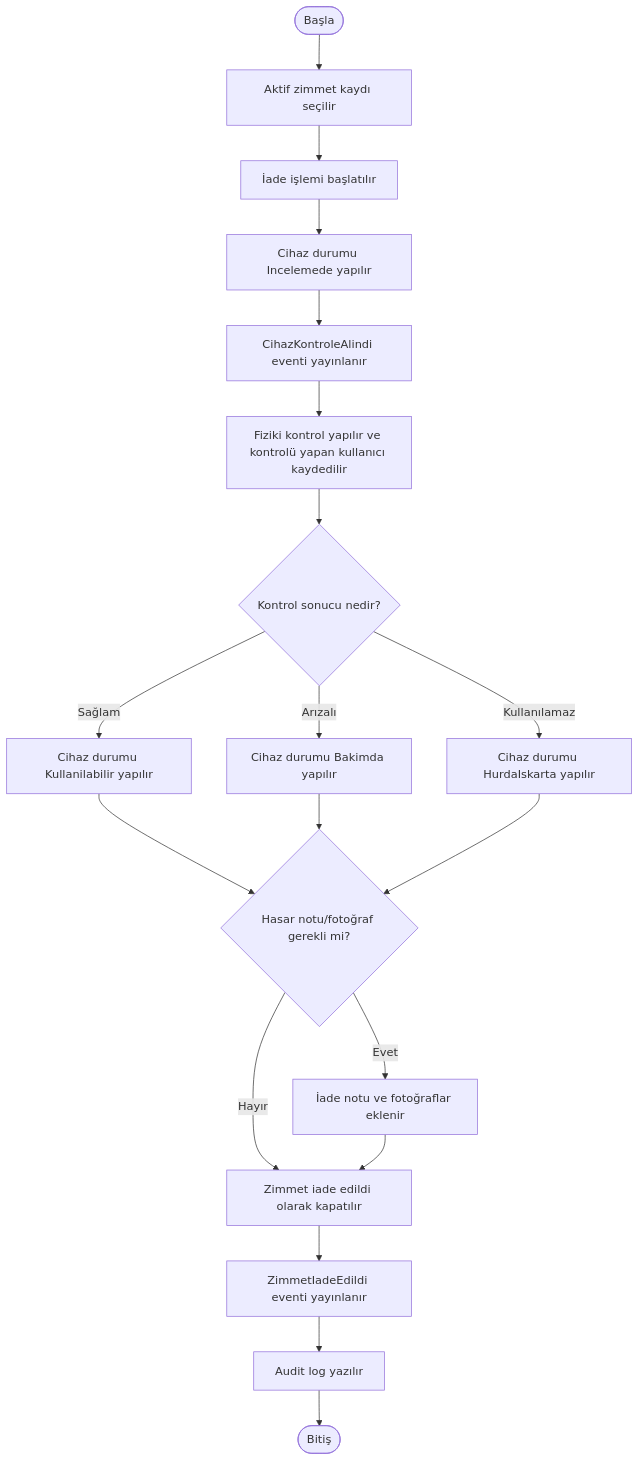
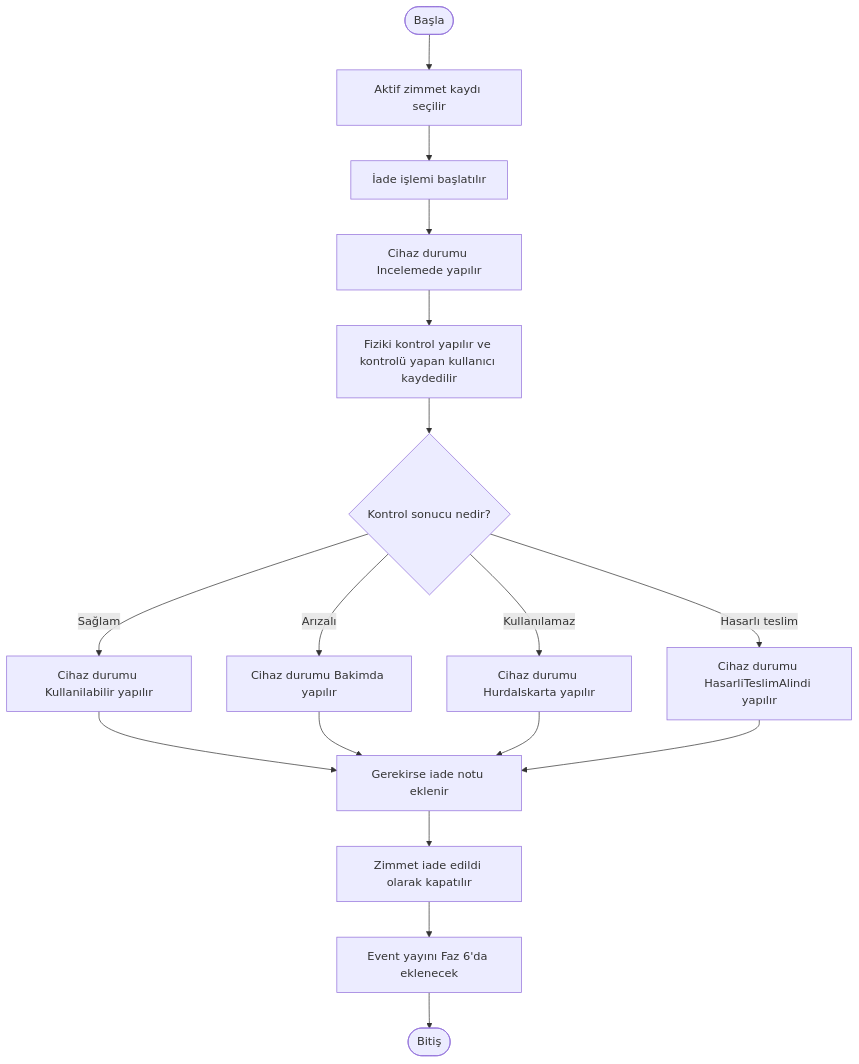
The diagram in dokümanlar/diyagram kodları/İş Akışları/is-akisi-zimmet-iade.mmd (fatihdmrc/ITEnvanterTakibiMikroservisProjesi), drawn with Mermaid before and after one commit. The commit also changed 80 other files, not shown here.

```diff
--- a/dokümanlar/diyagram kodları/İş Akışları/is-akisi-zimmet-iade.mmd
+++ b/dokümanlar/diyagram kodları/İş Akışları/is-akisi-zimmet-iade.mmd
@@ -1,36 +1,32 @@
 flowchart TB
     Start([Başla])
     ZimmetSec["Aktif zimmet kaydı seçilir"]
     IadeBaslat["İade işlemi başlatılır"]
     Incelemede["Cihaz durumu Incelemede yapılır"]
-    KontrolEvent["CihazKontroleAlindi eventi yayınlanır"]
     FizikiKontrol["Fiziki kontrol yapılır ve kontrolü yapan kullanıcı kaydedilir"]
     Sonuc{"Kontrol sonucu nedir?"}
     Saglam["Cihaz durumu Kullanilabilir yapılır"]
     Arizali["Cihaz durumu Bakimda yapılır"]
     Hurda["Cihaz durumu HurdaIskarta yapılır"]
-    HasarNotu{"Hasar notu/fotoğraf gerekli mi?"}
-    NotFotograf["İade notu ve fotoğraflar eklenir"]
+    Hasarli["Cihaz durumu HasarliTeslimAlindi yapılır"]
+    HasarNotu["Gerekirse iade notu eklenir"]
     ZimmetKapat["Zimmet iade edildi olarak kapatılır"]
-    Event["ZimmetIadeEdildi eventi yayınlanır"]
-    Audit["Audit log yazılır"]
+    Event["Event yayını Faz 6'da eklenecek"]
     End([Bitiş])
 
     Start --> ZimmetSec
     ZimmetSec --> IadeBaslat
     IadeBaslat --> Incelemede
-    Incelemede --> KontrolEvent
-    KontrolEvent --> FizikiKontrol
+    Incelemede --> FizikiKontrol
     FizikiKontrol --> Sonuc
     Sonuc -- "Sağlam" --> Saglam
     Sonuc -- "Arızalı" --> Arizali
     Sonuc -- "Kullanılamaz" --> Hurda
+    Sonuc -- "Hasarlı teslim" --> Hasarli
     Saglam --> HasarNotu
     Arizali --> HasarNotu
     Hurda --> HasarNotu
-    HasarNotu -- "Evet" --> NotFotograf
-    HasarNotu -- "Hayır" --> ZimmetKapat
-    NotFotograf --> ZimmetKapat
+    Hasarli --> HasarNotu
+    HasarNotu --> ZimmetKapat
     ZimmetKapat --> Event
-    Event --> Audit
-    Audit --> End
+    Event --> End
```
